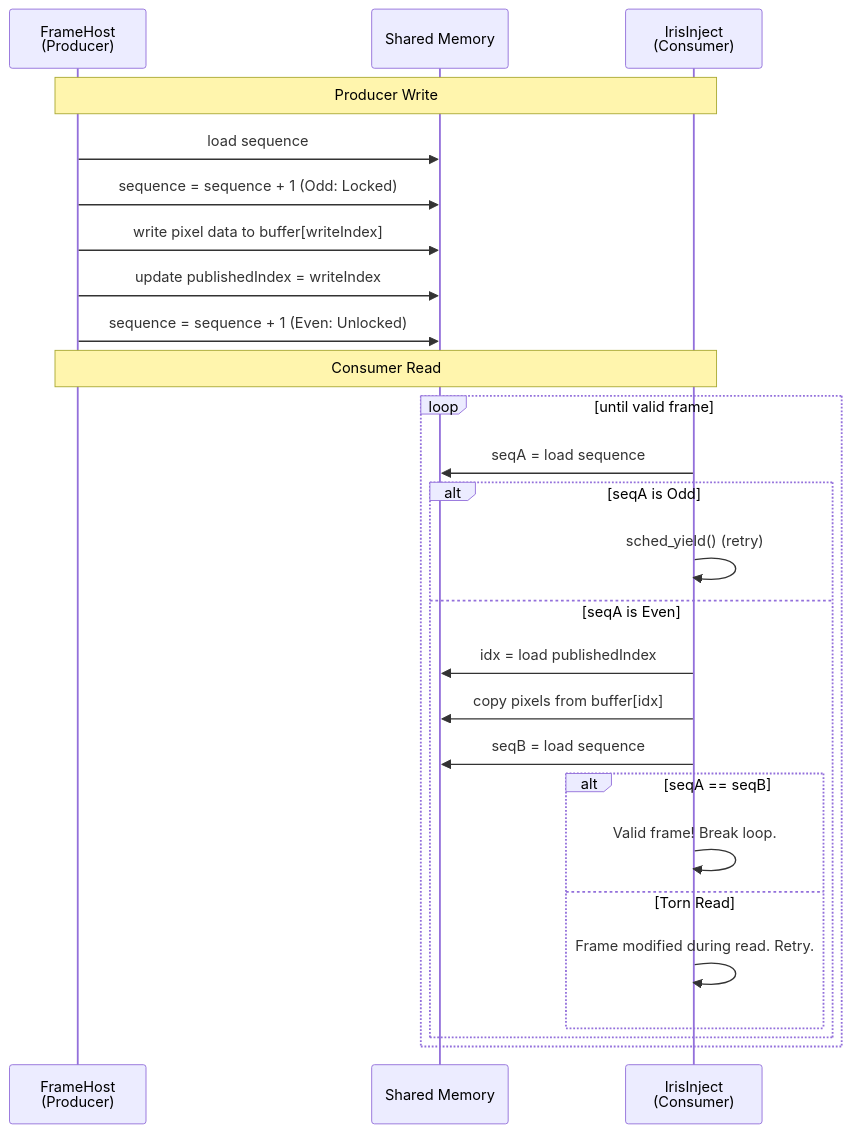
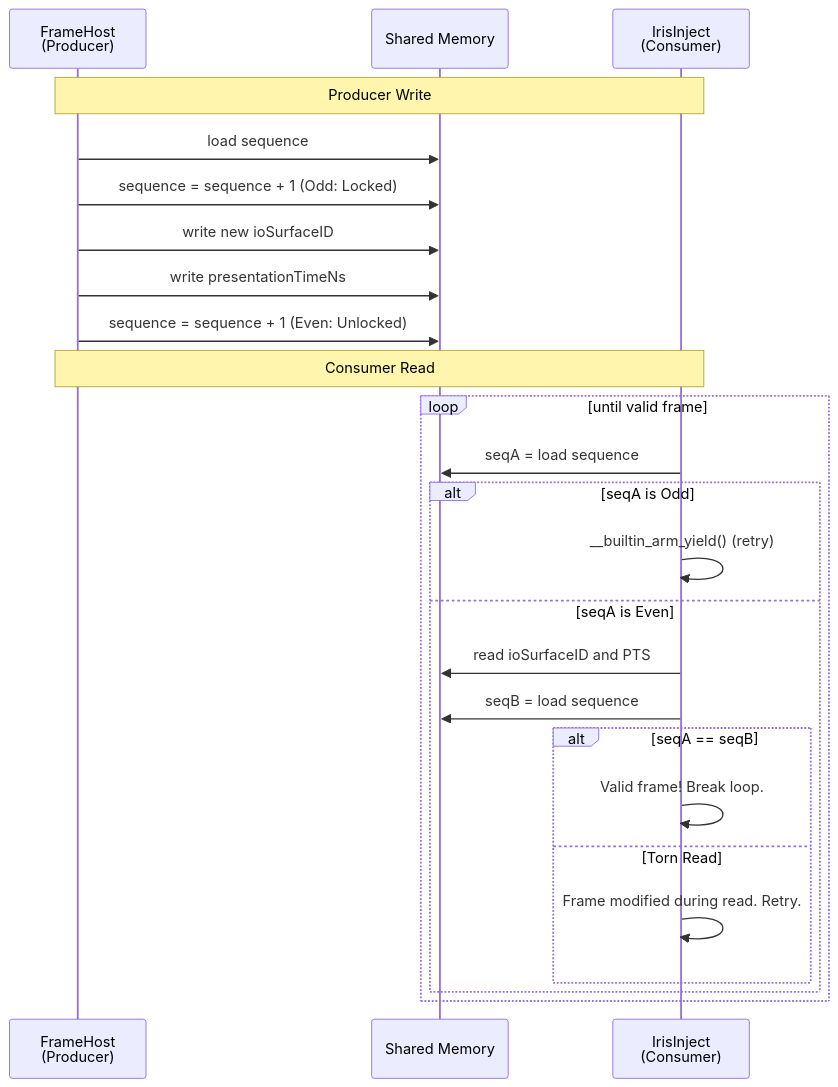
One commit to annurdien/sim-cli changed the second of 6 diagrams in docs/SIM_CAM_ARCHITECTURE.md. Above: the diagram before and after it, drawn with Mermaid. The commit also changed other lines of this file, not shown here.

Commit message:
docs: Update SIM_CAM_ARCHITECTURE to reflect IOSurface zero-copy implementation

````diff
--- a/docs/SIM_CAM_ARCHITECTURE.md
+++ b/docs/SIM_CAM_ARCHITECTURE.md
@@ -89,32 +92,31 @@
 ```mermaid
 sequenceDiagram
     participant P as FrameHost<br>(Producer)
     participant SHM as Shared Memory
     participant C as IrisInject<br>(Consumer)
 
     %% Producer Write
     Note over P, C: Producer Write
     P->>SHM: load sequence
     P->>SHM: sequence = sequence + 1 (Odd: Locked)
-    P->>SHM: write pixel data to buffer[writeIndex]
-    P->>SHM: update publishedIndex = writeIndex
+    P->>SHM: write new ioSurfaceID
+    P->>SHM: write presentationTimeNs
     P->>SHM: sequence = sequence + 1 (Even: Unlocked)
 
     %% Consumer Read
     Note over P, C: Consumer Read
     loop until valid frame
         C->>SHM: seqA = load sequence
         alt seqA is Odd
-            C->>C: sched_yield() (retry)
+            C->>C: __builtin_arm_yield() (retry)
         else seqA is Even
-            C->>SHM: idx = load publishedIndex
-            C->>SHM: copy pixels from buffer[idx]
+            C->>SHM: read ioSurfaceID and PTS
             C->>SHM: seqB = load sequence
             alt seqA == seqB
                 C->>C: Valid frame! Break loop.
             else Torn Read
                 C->>C: Frame modified during read. Retry.
             end
         end
     end
 ```
````
